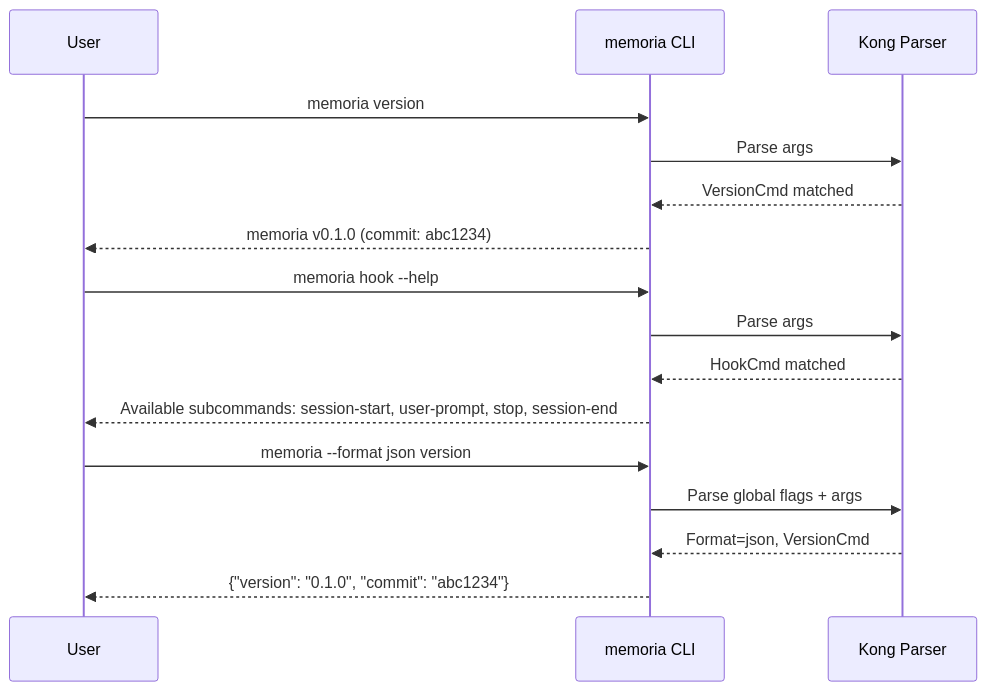
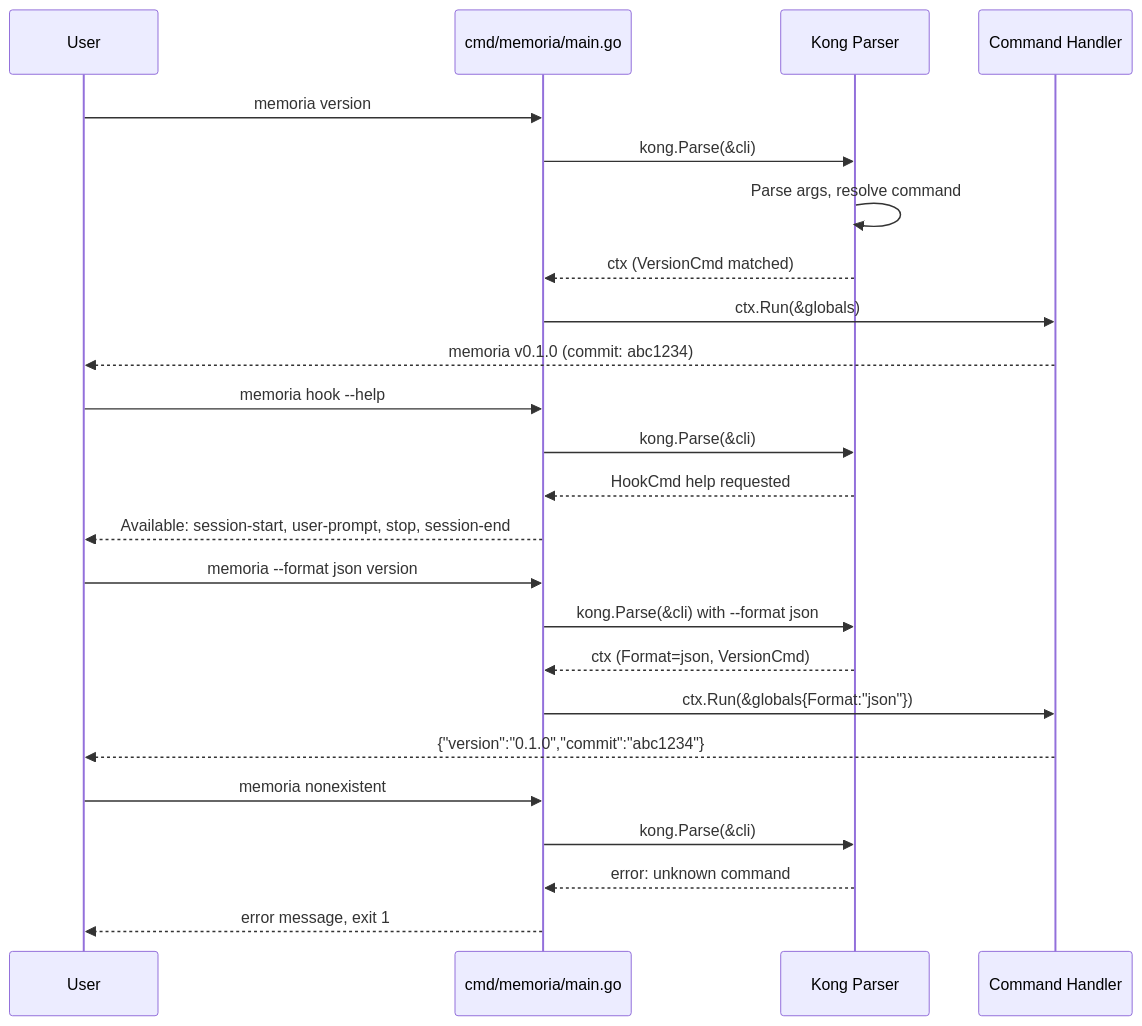
The diagram in plans/memoria-m01-cli-skeleton.md (youyo/memoria), drawn with Mermaid before and after one commit. The commit also changed other lines of this file and 16 other files, not shown here.

First line of the commit message:
feat(cli): Go module + Kong CLI 骨格を実装 (M01)

````diff
--- a/plans/memoria-m01-cli-skeleton.md
+++ b/plans/memoria-m01-cli-skeleton.md
@@ -17,21 +17,30 @@
 ```mermaid
 sequenceDiagram
     participant User
-    participant CLI as memoria CLI
+    participant Main as cmd/memoria/main.go
     participant Kong as Kong Parser
+    participant Cmd as Command Handler
 
-    User->>CLI: memoria version
-    CLI->>Kong: Parse args
-    Kong-->>CLI: VersionCmd matched
-    CLI-->>User: memoria v0.1.0 (commit: abc1234)
+    User->>Main: memoria version
+    Main->>Kong: kong.Parse(&cli)
+    Kong->>Kong: Parse args, resolve command
+    Kong-->>Main: ctx (VersionCmd matched)
+    Main->>Cmd: ctx.Run(&globals)
+    Cmd-->>User: memoria v0.1.0 (commit: abc1234)
 
-    User->>CLI: memoria hook --help
-    CLI->>Kong: Parse args
-    Kong-->>CLI: HookCmd matched
-    CLI-->>User: Available subcommands: session-start, user-prompt, stop, session-end
+    User->>Main: memoria hook --help
+    Main->>Kong: kong.Parse(&cli)
+    Kong-->>Main: HookCmd help requested
+    Main-->>User: Available: session-start, user-prompt, stop, session-end
 
-    User->>CLI: memoria --format json version
-    CLI->>Kong: Parse global flags + args
-    Kong-->>CLI: Format=json, VersionCmd
-    CLI-->>User: {"version": "0.1.0", "commit": "abc1234"}
+    User->>Main: memoria --format json version
+    Main->>Kong: kong.Parse(&cli) with --format json
+    Kong-->>Main: ctx (Format=json, VersionCmd)
+    Main->>Cmd: ctx.Run(&globals{Format:"json"})
+    Cmd-->>User: {"version":"0.1.0","commit":"abc1234"}
+
+    User->>Main: memoria nonexistent
+    Main->>Kong: kong.Parse(&cli)
+    Kong-->>Main: error: unknown command
+    Main-->>User: error message, exit 1
 ```
````
